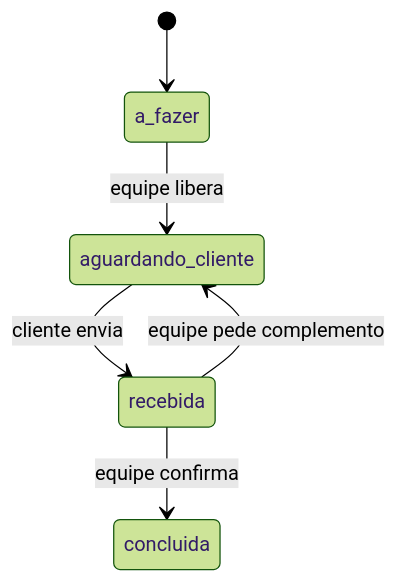
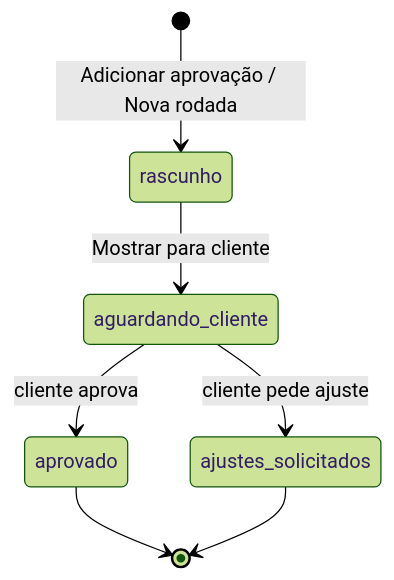
The second of 2 diagrams in docs/02-fluxos.md (dobra9mkt/ponte), drawn with Mermaid (forest theme) before and after one commit. The commit also changed other lines of this file and 178 other files, not shown here.

First line of the commit message:
Fase 2: área da equipe e linha do tempo do cliente

````diff
--- a/docs/02-fluxos.md
+++ b/docs/02-fluxos.md
@@ -51,8 +50,9 @@
 ```mermaid
 stateDiagram-v2
-    [*] --> a_fazer
-    a_fazer --> aguardando_cliente: equipe libera
-    aguardando_cliente --> recebida: cliente envia
-    recebida --> concluida: equipe confirma
-    recebida --> aguardando_cliente: equipe pede complemento
+    [*] --> rascunho: Adicionar aprovação / Nova rodada
+    rascunho --> aguardando_cliente: Mostrar para cliente
+    aguardando_cliente --> aprovado: cliente aprova
+    aguardando_cliente --> ajustes_solicitados: cliente pede ajuste
+    aprovado --> [*]
+    ajustes_solicitados --> [*]
 ```
````
